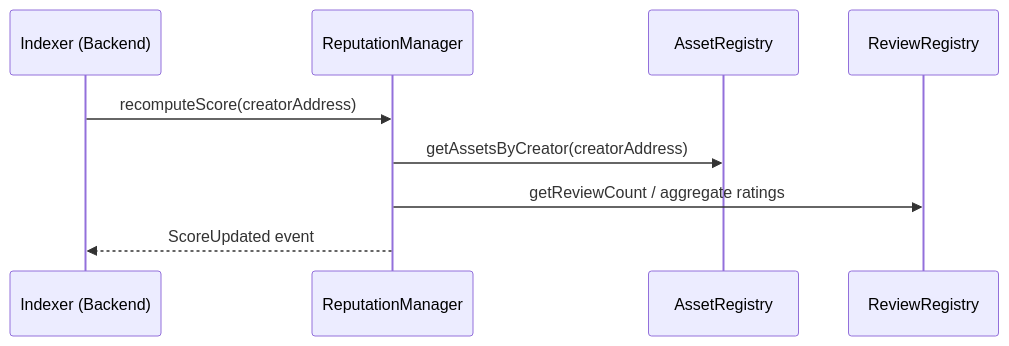
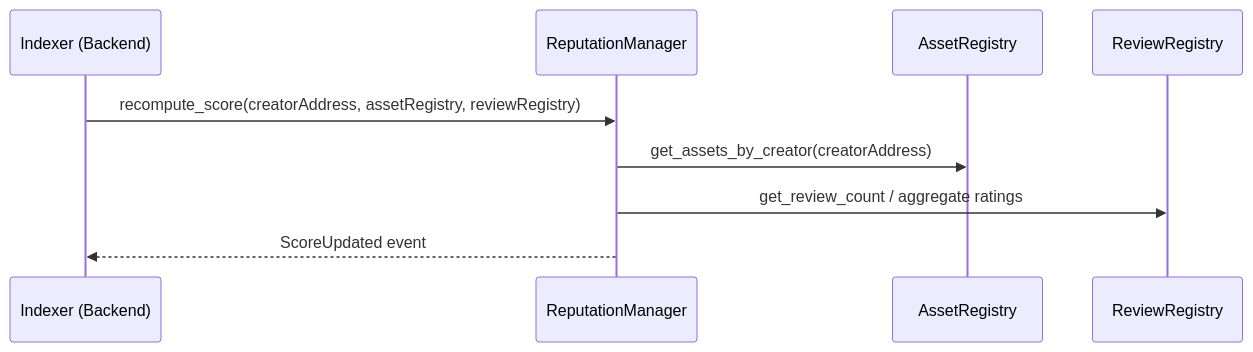
Before and after one commit to originchain-labs/originchain: the fourth of 5 diagrams in docs/SMART_CONTRACT_INTERFACES.md, drawn with Mermaid. The commit also changed other lines of this file and 9 other files, not shown here.

````diff
--- a/docs/SMART_CONTRACT_INTERFACES.md
+++ b/docs/SMART_CONTRACT_INTERFACES.md
@@ -158,11 +161,11 @@
 ```mermaid
 sequenceDiagram
     participant I as Indexer (Backend)
     participant RM as ReputationManager
     participant AR as AssetRegistry
     participant RR as ReviewRegistry
-    I->>RM: recomputeScore(creatorAddress)
-    RM->>AR: getAssetsByCreator(creatorAddress)
-    RM->>RR: getReviewCount / aggregate ratings
+    I->>RM: recompute_score(creatorAddress, assetRegistry, reviewRegistry)
+    RM->>AR: get_assets_by_creator(creatorAddress)
+    RM->>RR: get_review_count / aggregate ratings
     RM-->>I: ScoreUpdated event
 ```
````
